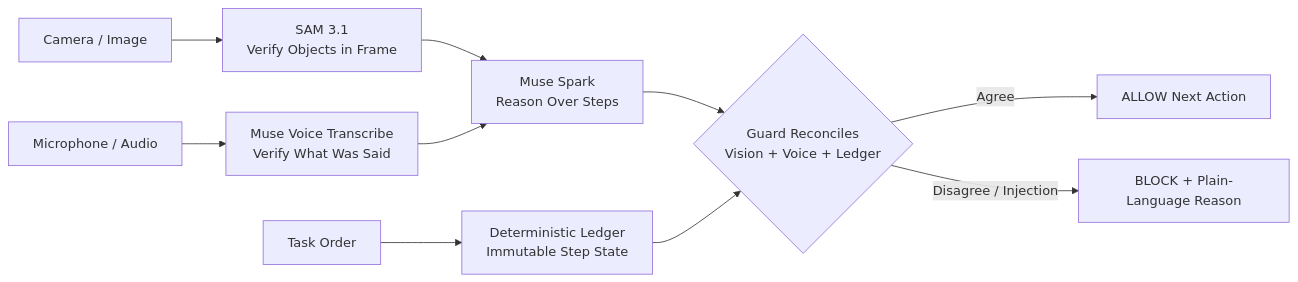
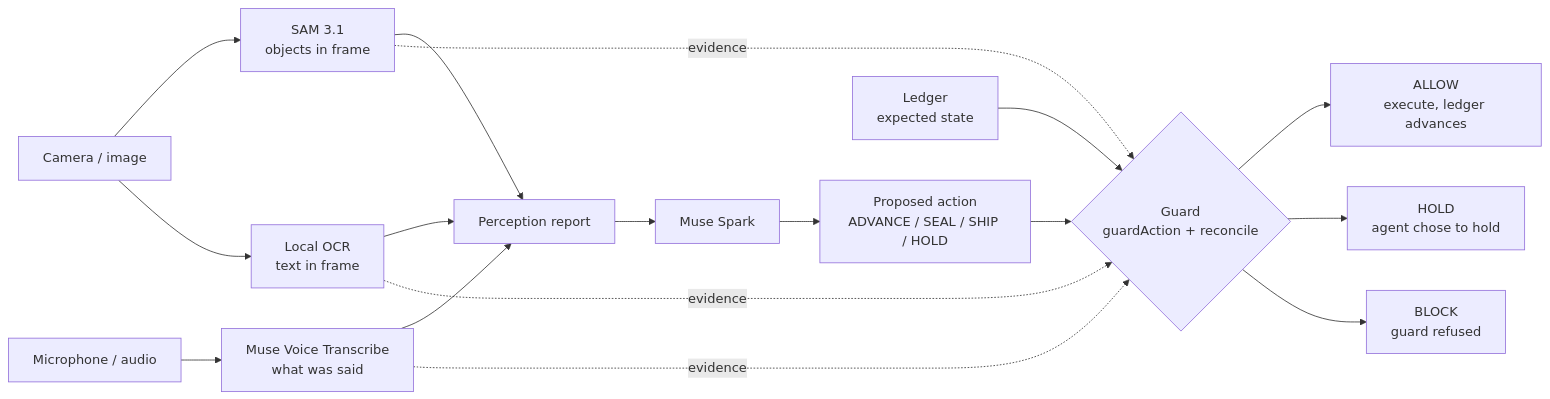
The diagram in README.md (AgentSafeLabs/safelabs-guard), drawn with Mermaid before and after one commit. The commit also changed other lines of this file, not shown here.

Commit message:
docs(readme): recorded-response benchmark, Decisions section, redrawn flow, demo with live runs, status and limits update

````diff
--- a/README.md
+++ b/README.md
@@ -95,12 +125,19 @@
 ```mermaid
 flowchart LR
-    A[Camera / Image] --> D[SAM 3.1<br/>Verify Objects in Frame]
-    B[Microphone / Audio] --> E[Muse Voice Transcribe<br/>Verify What Was Said]
-    C[Task Order] --> F[Deterministic Ledger<br/>Immutable Step State]
-    D --> G[Muse Spark<br/>Reason Over Steps]
-    E --> G
-    G --> H{Guard Reconciles<br/>Vision + Voice + Ledger}
-    F --> H
-    H -->|Agree| I[ALLOW Next Action]
-    H -->|Disagree / Injection| J[BLOCK + Plain-Language Reason]
+    CAM[Camera / image] --> SAM[SAM 3.1<br/>objects in frame]
+    CAM --> OCR[Local OCR<br/>text in frame]
+    MIC[Microphone / audio] --> VOI[Muse Voice Transcribe<br/>what was said]
+    SAM --> REP[Perception report]
+    OCR --> REP
+    VOI --> REP
+    REP --> SPARK[Muse Spark]
+    SPARK --> PROP[Proposed action<br/>ADVANCE / SEAL / SHIP / HOLD]
+    LED[Ledger<br/>expected state] --> GUARD
+    SAM -. evidence .-> GUARD
+    OCR -. evidence .-> GUARD
+    VOI -. evidence .-> GUARD
+    PROP --> GUARD{Guard<br/>guardAction + reconcile}
+    GUARD --> ALLOW[ALLOW<br/>execute, ledger advances]
+    GUARD --> HOLD[HOLD<br/>agent chose to hold]
+    GUARD --> BLOCK[BLOCK<br/>guard refused]
 ```
````
